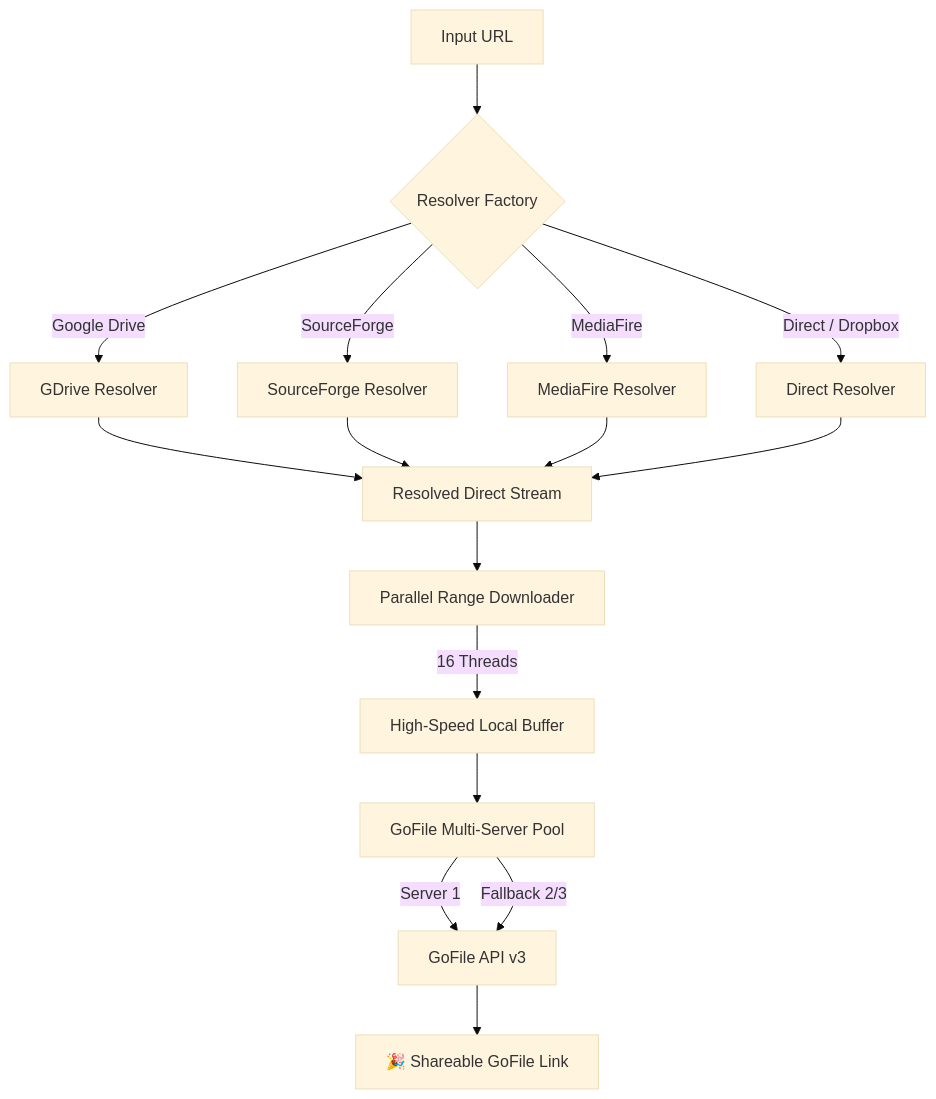
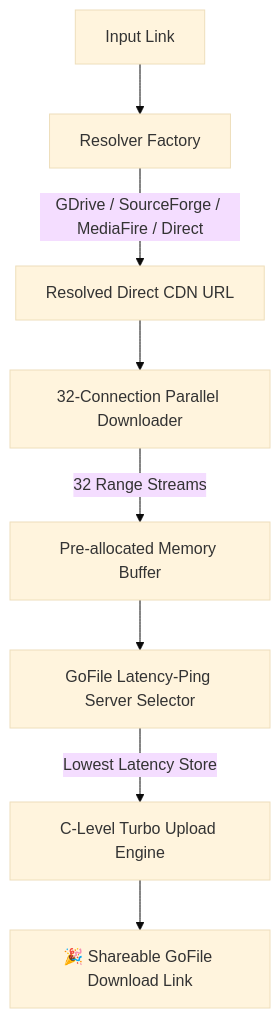
The diagram in README.md (sheikhmehraann/gofile-fast-link-transfer), drawn with Mermaid (base theme) before and after one commit. The commit also changed other lines of this file and 4 other files, not shown here.

Commit message:
Complete Turbo Edition overhaul: 32-stream downloading, C-level HTTP/2 uploading, cyberpunk CLI, and glassmorphic Web UI

````diff
--- a/README.md
+++ b/README.md
@@ -83,19 +94,10 @@
 ```mermaid
-graph TD
-    A[Input URL] --> B{Resolver Factory}
-    B -->|Google Drive| C[GDrive Resolver]
-    B -->|SourceForge| D[SourceForge Resolver]
-    B -->|MediaFire| E[MediaFire Resolver]
-    B -->|Direct / Dropbox| F[Direct Resolver]
-    
-    C & D & E & F --> G[Resolved Direct Stream]
-    
-    G --> H[Parallel Range Downloader]
-    H -->|16 Threads| I[High-Speed Local Buffer]
-    
-    I --> J[GoFile Multi-Server Pool]
-    J -->|Server 1| K[GoFile API v3]
-    J -->|Fallback 2/3| K
-    
-    K --> L[🎉 Shareable GoFile Link]
+flowchart TD
+    A[Input Link] --> B[Resolver Factory]
+    B -->|GDrive / SourceForge / MediaFire / Direct| C[Resolved Direct CDN URL]
+    C --> D[32-Connection Parallel Downloader]
+    D -->|32 Range Streams| E[Pre-allocated Memory Buffer]
+    E --> F[GoFile Latency-Ping Server Selector]
+    F -->|Lowest Latency Store| G[C-Level Turbo Upload Engine]
+    G --> H[🎉 Shareable GoFile Download Link]
 ```
````
